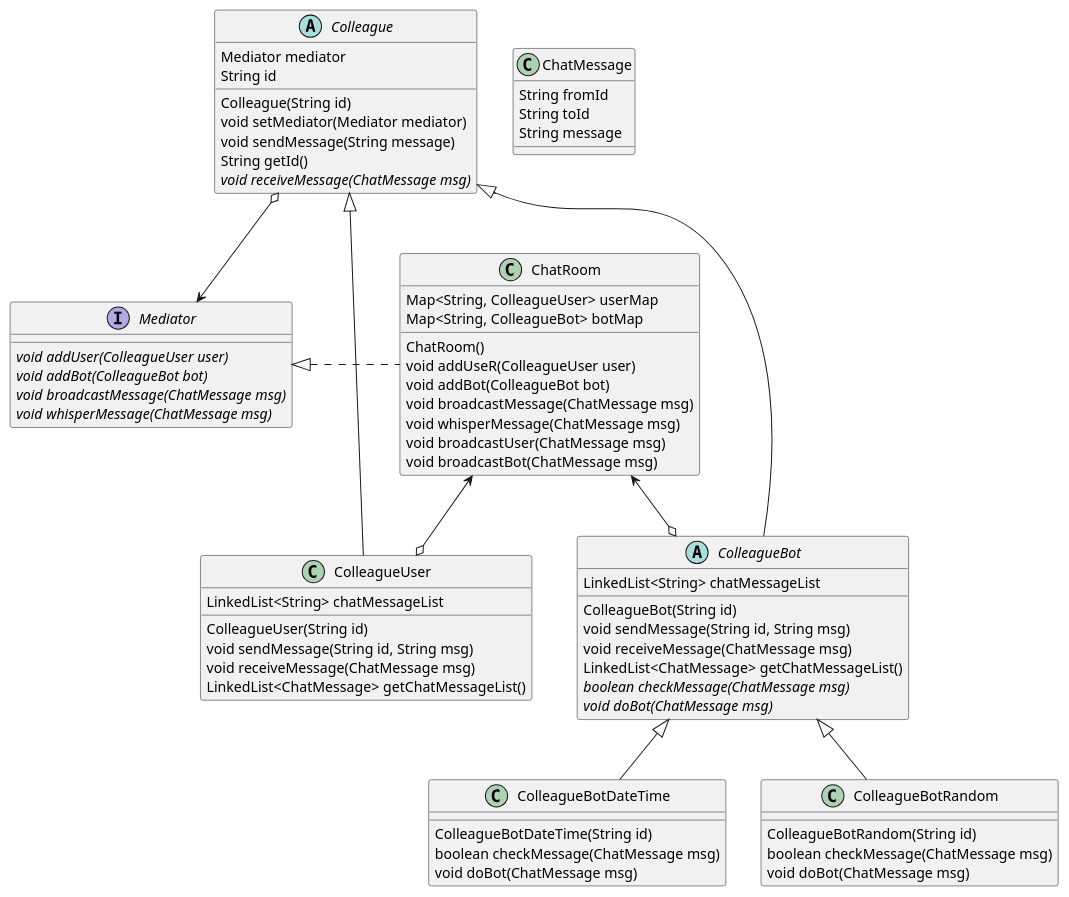
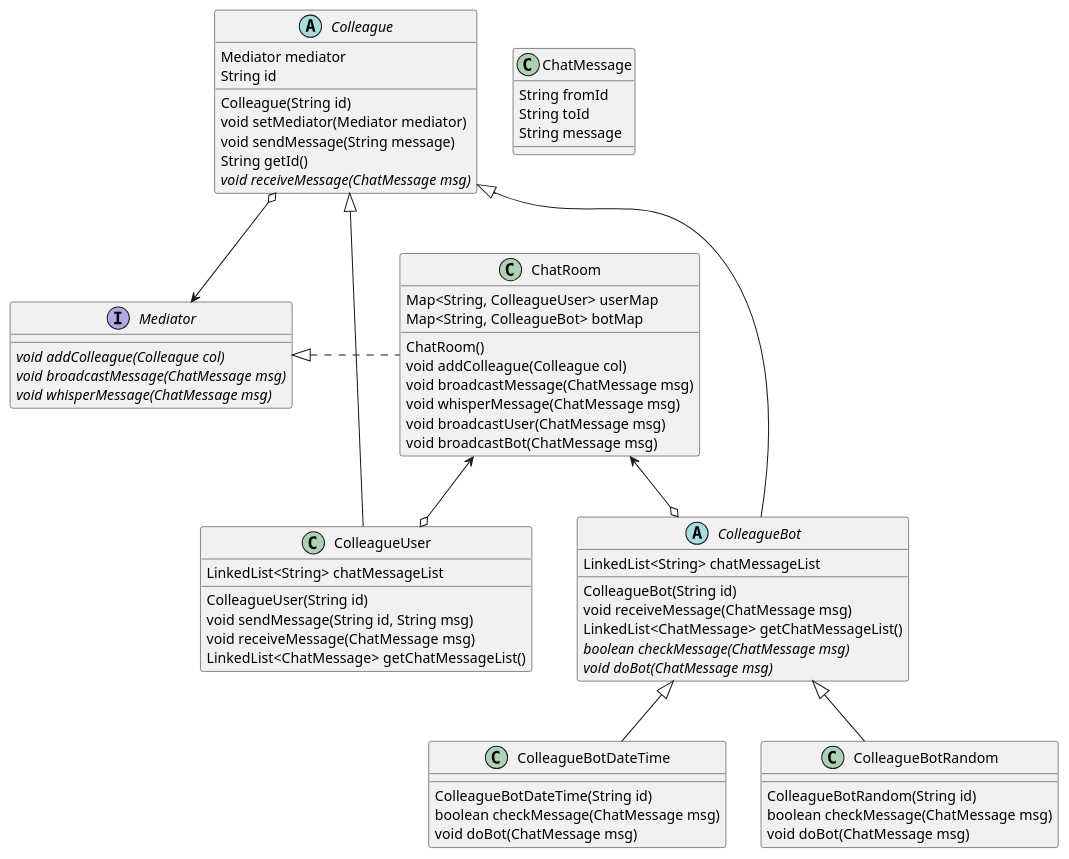
One commit to windowforsun/blog changed the diagram in plantuml/designpattern/concept-mediator-2.plantuml. Above: the diagram before and after it, drawn with PlantUML. The commit also changed 7 other files, not shown here.

```diff
--- a/plantuml/designpattern/concept-mediator-2.plantuml
+++ b/plantuml/designpattern/concept-mediator-2.plantuml
@@ -1,84 +1,81 @@
 @startuml
 
 interface Mediator {
-	{abstract} void addUser(ColleagueUser user)
-	{abstract} void addBot(ColleagueBot bot)
+	{abstract} void addColleague(Colleague col)
 	{abstract} void broadcastMessage(ChatMessage msg)
 	{abstract} void whisperMessage(ChatMessage msg)
 }
 
 class ChatRoom {
 	Map<String, ColleagueUser> userMap
 	Map<String, ColleagueBot> botMap
 
 	ChatRoom()
-	void addUseR(ColleagueUser user)
-	void addBot(ColleagueBot bot)
+	void addColleague(Colleague col)
 	void broadcastMessage(ChatMessage msg)
 	void whisperMessage(ChatMessage msg)
 	void broadcastUser(ChatMessage msg)
 	void broadcastBot(ChatMessage msg)
 }
 
 abstract class Colleague {
 	Mediator mediator
 	String id
 
 	Colleague(String id)
 	void setMediator(Mediator mediator)
 	void sendMessage(String message)
 	String getId()
 	{abstract} void receiveMessage(ChatMessage msg)
 }
 
 class ColleagueUser {
 	LinkedList<String> chatMessageList
 
 	ColleagueUser(String id)
 	void sendMessage(String id, String msg)
 	void receiveMessage(ChatMessage msg)
 	LinkedList<ChatMessage> getChatMessageList()
 }
 
 abstract class ColleagueBot {
 	LinkedList<String> chatMessageList
 
 	ColleagueBot(String id)
-	void sendMessage(String id, String msg)
 	void receiveMessage(ChatMessage msg)
 	LinkedList<ChatMessage> getChatMessageList()
 	{abstract} boolean checkMessage(ChatMessage msg)
 	{abstract} void doBot(ChatMessage msg)
 }
 
 class ColleagueBotDateTime {
 	ColleagueBotDateTime(String id)
 	boolean checkMessage(ChatMessage msg)
 	void doBot(ChatMessage msg)
 }
 
 class ColleagueBotRandom {
 	ColleagueBotRandom(String id)
 	boolean checkMessage(ChatMessage msg)
 	void doBot(ChatMessage msg)
 }
 
 class ChatMessage {
 	String fromId
 	String toId
 	String message
 }
 
 Mediator <|.right. ChatRoom
 Mediator <-up-o Colleague
 
 Colleague <|-- ColleagueUser
 Colleague <|-- ColleagueBot
 ColleagueBot <|-- ColleagueBotDateTime
 ColleagueBot <|-- ColleagueBotRandom
 
 ChatRoom <--o ColleagueUser
 ChatRoom <--o ColleagueBot
 
 
 @enduml
```
